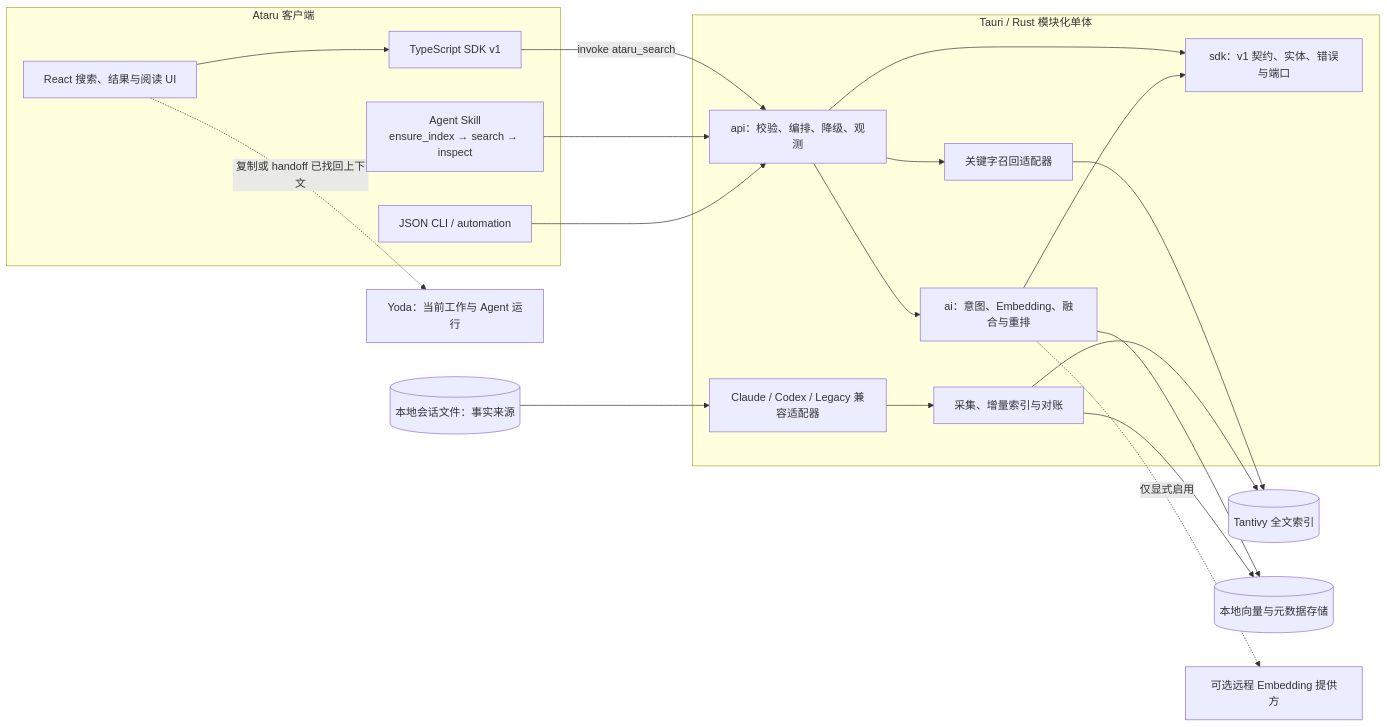
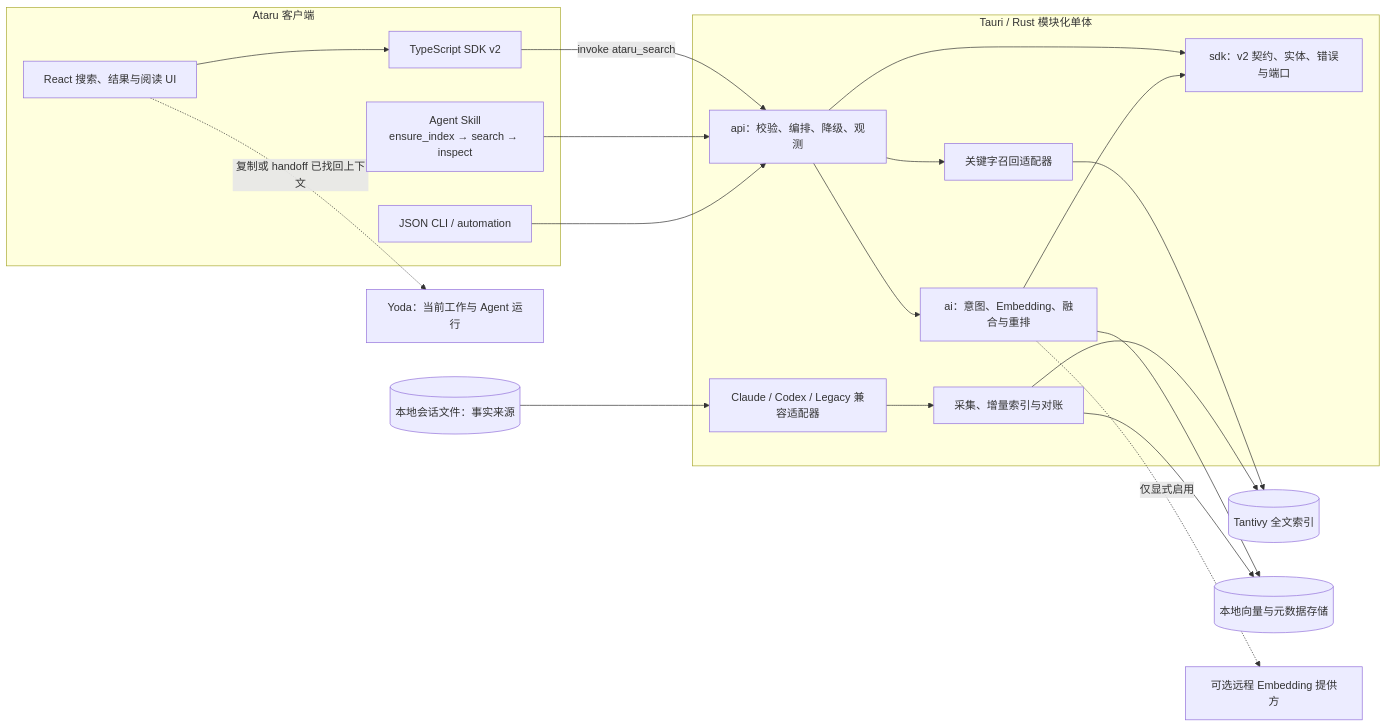
One commit to MarkShawn2020/lovcode changed the diagram in docs/architecture/ataru-search-architecture.md. Above: the diagram before and after it, drawn with Mermaid. The commit also changed other lines of this file and 14 other files, not shown here.

````diff
--- a/docs/architecture/ataru-search-architecture.md
+++ b/docs/architecture/ataru-search-architecture.md
@@ -54,42 +52,42 @@
 ```mermaid
 flowchart LR
     Yoda["Yoda：当前工作与 Agent 运行"]
 
     subgraph Client["Ataru 客户端"]
         UI["React 搜索、结果与阅读 UI"]
-        TS["TypeScript SDK v1"]
+        TS["TypeScript SDK v2"]
         SKILL["Agent Skill\nensure_index → search → inspect"]
         CLI["JSON CLI / automation"]
     end
 
     subgraph Core["Tauri / Rust 模块化单体"]
         API["api：校验、编排、降级、观测"]
-        SDK["sdk：v1 契约、实体、错误与端口"]
+        SDK["sdk：v2 契约、实体、错误与端口"]
         AI["ai：意图、Embedding、融合与重排"]
         LEX["关键字召回适配器"]
         INGEST["采集、增量索引与对账"]
         COMPAT["Claude / Codex / Legacy 兼容适配器"]
     end
 
     FILES[("本地会话文件：事实来源")]
     TEXT[("Tantivy 全文索引")]
     VECTOR[("本地向量与元数据存储")]
     REMOTE["可选远程 Embedding 提供方"]
 
     UI --> TS
     TS -->|"invoke ataru_search"| API
     SKILL --> API
     CLI --> API
     API --> SDK
     API --> LEX
     API --> AI
     AI --> SDK
     LEX --> TEXT
     AI --> VECTOR
     AI -. "仅显式启用" .-> REMOTE
     FILES --> COMPAT
     COMPAT --> INGEST
     INGEST --> TEXT
     INGEST --> VECTOR
     UI -. "复制或 handoff 已找回上下文" .-> Yoda
 ```
````
